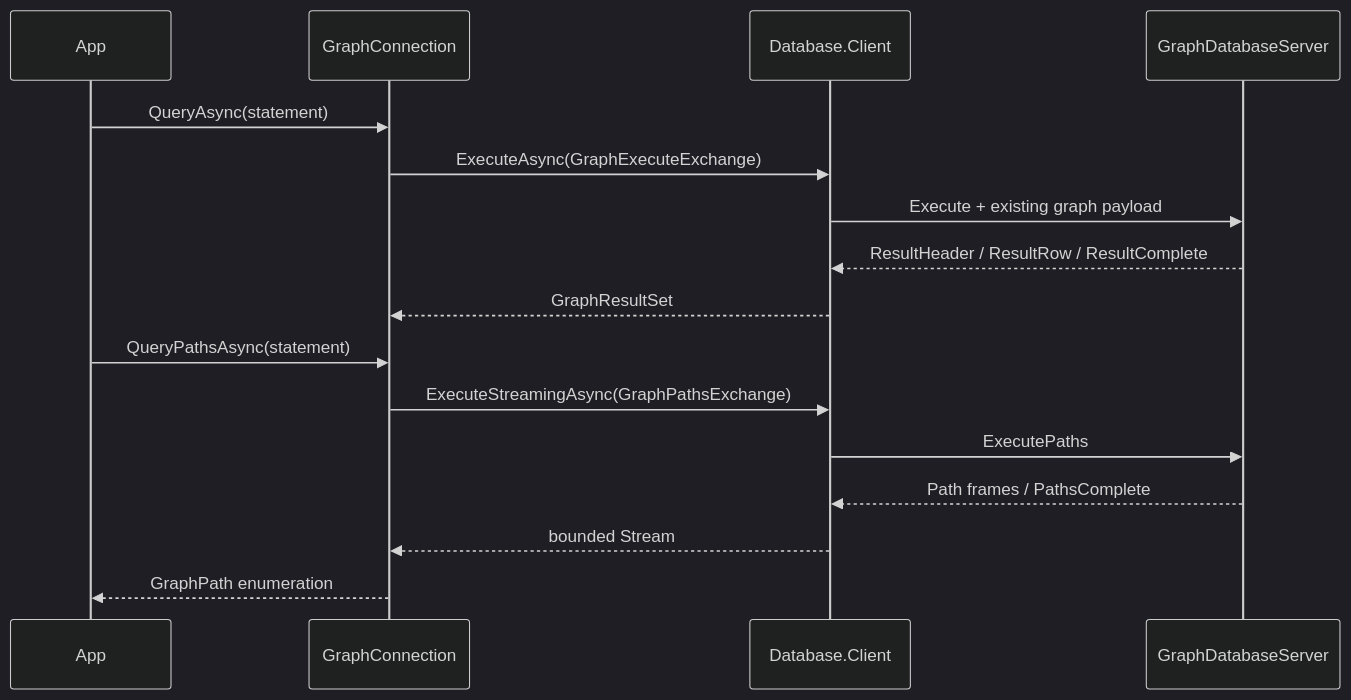
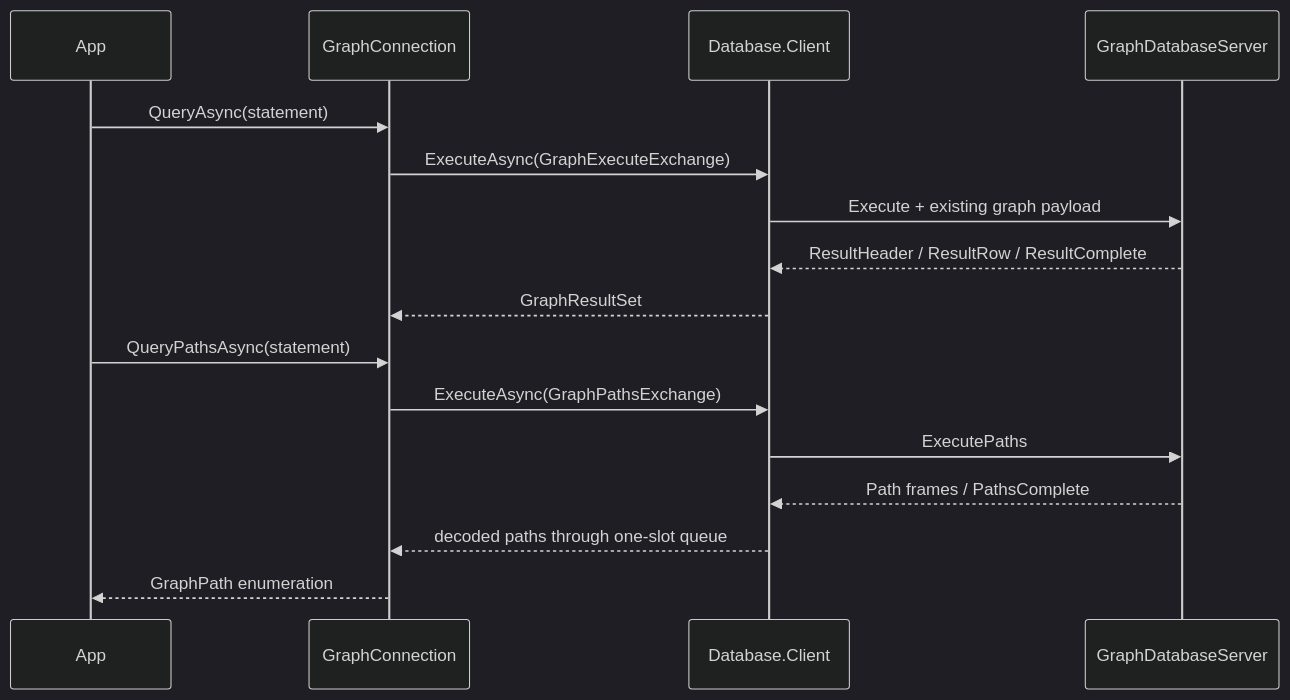
The diagram in docs/dotnet-apis/resources/database/assimalign-cohesion-database-graph-client/design.md (assimalign/cohesion-docs), drawn with Mermaid (dark theme) before and after one commit. The commit also changed other lines of this file and 30 other files, not shown here.

````diff
--- a/docs/dotnet-apis/resources/database/assimalign-cohesion-database-graph-client/design.md
+++ b/docs/dotnet-apis/resources/database/assimalign-cohesion-database-graph-client/design.md
@@ -12,18 +12,18 @@
 ```mermaid
 sequenceDiagram
     participant App
     participant GraphConnection
     participant Pool as Database.Client
     participant Server as GraphDatabaseServer
     App->>GraphConnection: QueryAsync(statement)
     GraphConnection->>Pool: ExecuteAsync(GraphExecuteExchange)
     Pool->>Server: Execute + existing graph payload
     Server-->>Pool: ResultHeader / ResultRow / ResultComplete
     Pool-->>GraphConnection: GraphResultSet
     App->>GraphConnection: QueryPathsAsync(statement)
-    GraphConnection->>Pool: ExecuteStreamingAsync(GraphPathsExchange)
+    GraphConnection->>Pool: ExecuteAsync(GraphPathsExchange)
     Pool->>Server: ExecutePaths
     Server-->>Pool: Path frames / PathsComplete
-    Pool-->>GraphConnection: bounded Stream
+    Pool-->>GraphConnection: decoded paths through one-slot queue
     GraphConnection-->>App: GraphPath enumeration
 ```
````
